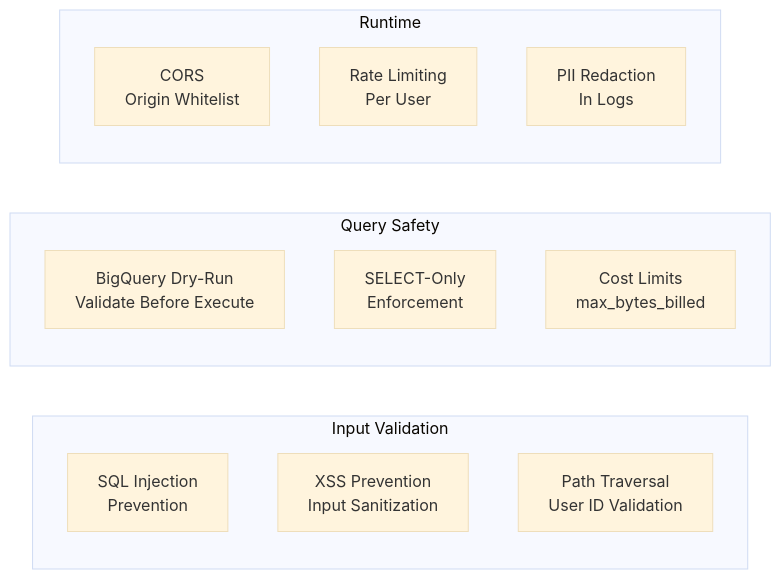
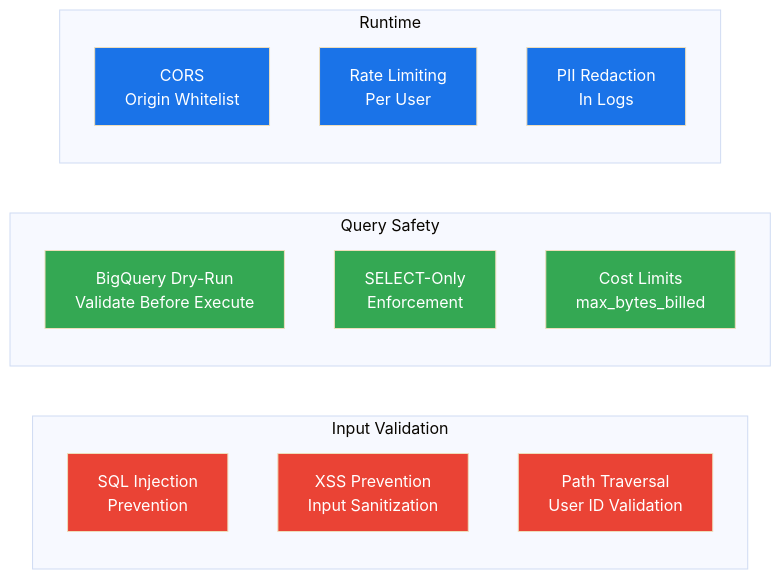
Diagram 15 of 23 in ARCHITECTURE.md (gadekar-pravin/InsightAgent), drawn with Mermaid (base theme) before and after one commit. The commit also changed other lines of this file, not shown here.

First line of the commit message:
Implement consistent color theme for all Mermaid diagrams

````diff
--- a/ARCHITECTURE.md
+++ b/ARCHITECTURE.md
@@ -591,20 +667,30 @@
 ```mermaid
 flowchart LR
     subgraph "Input Validation"
         SQL[SQL Injection<br/>Prevention]
         XSS[XSS Prevention<br/>Input Sanitization]
         PATH[Path Traversal<br/>User ID Validation]
     end
 
     subgraph "Query Safety"
         DRYRUN[BigQuery Dry-Run<br/>Validate Before Execute]
         READONLY[SELECT-Only<br/>Enforcement]
         COST[Cost Limits<br/>max_bytes_billed]
     end
 
     subgraph "Runtime"
         CORS[CORS<br/>Origin Whitelist]
         RATE[Rate Limiting<br/>Per User]
         LOG[PII Redaction<br/>In Logs]
     end
+
+    style SQL fill:#EA4335,color:#fff
+    style XSS fill:#EA4335,color:#fff
+    style PATH fill:#EA4335,color:#fff
+    style DRYRUN fill:#34A853,color:#fff
+    style READONLY fill:#34A853,color:#fff
+    style COST fill:#34A853,color:#fff
+    style CORS fill:#1A73E8,color:#fff
+    style RATE fill:#1A73E8,color:#fff
+    style LOG fill:#1A73E8,color:#fff
 ```
````
